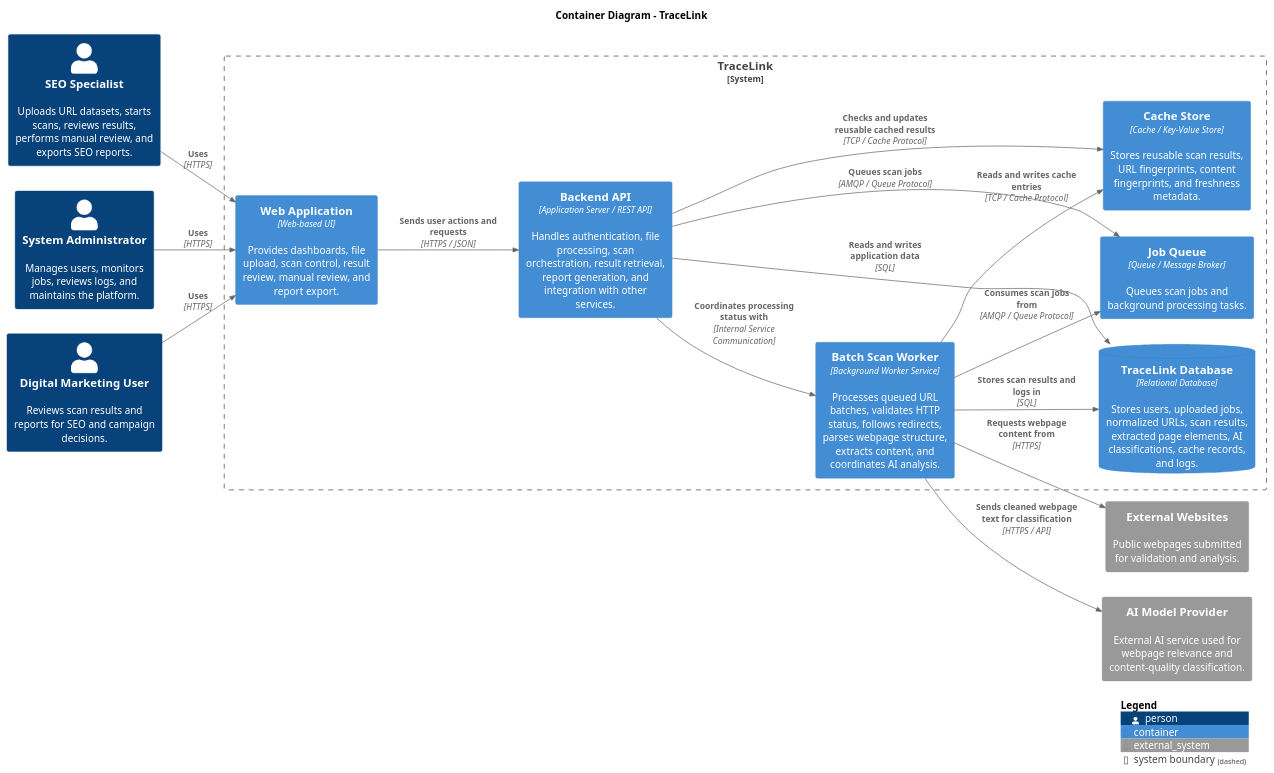
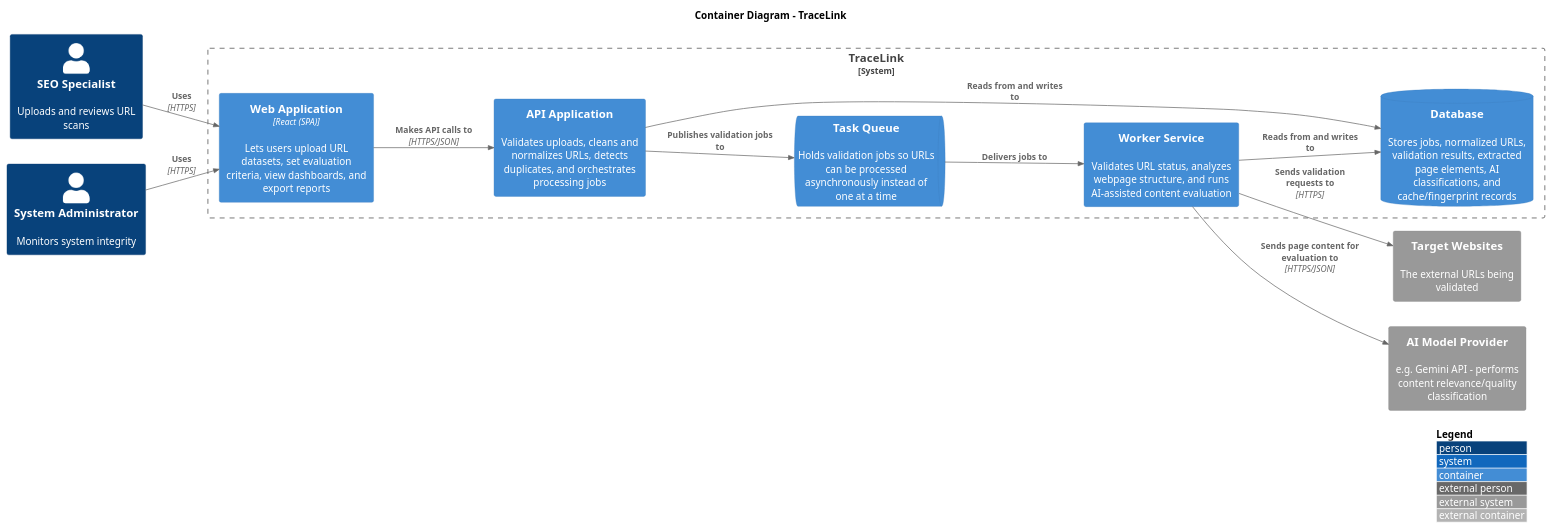
The diagram in docs/c4/container-diagram.puml (APC-SoCIT/APC-2026-2027-T1-SF241-Grp-3-Dark-Triad-TRACELINK-AI-Assisted-Platform), drawn with PlantUML before and after one commit. The commit also changed 1 other file, not shown here.

Commit message:
Update container diagram

```diff
--- a/docs/c4/container-diagram.puml
+++ b/docs/c4/container-diagram.puml
@@ -1,50 +1,33 @@
 @startuml TraceLink_Container_Diagram
+!include http://raw.githubusercontent.com/plantuml-stdlib/C4-PlantUML/master/C4_Container.puml
 
-!include https://raw.githubusercontent.com/plantuml-stdlib/C4-PlantUML/master/C4_Container.puml
-
+LAYOUT_WITH_LEGEND()
 LAYOUT_LEFT_RIGHT()
 
 title Container Diagram - TraceLink
 
-Person(seoSpecialist, "SEO Specialist", "Uploads URL datasets, starts scans, reviews results, performs manual review, and exports SEO reports.")
-Person(systemAdmin, "System Administrator", "Manages users, monitors jobs, reviews logs, and maintains the platform.")
-Person(marketingUser, "Digital Marketing User", "Reviews scan results and reports for SEO and campaign decisions.")
+Person(seo, "SEO Specialist", "Uploads and reviews URL scans")
+Person(admin, "System Administrator", "Monitors system integrity")
 
-System_Ext(targetWebsites, "External Websites", "Public webpages submitted for validation and analysis.")
-System_Ext(aiProvider, "AI Model Provider", "External AI service used for webpage relevance and content-quality classification.")
-
-System_Boundary(traceLinkBoundary, "TraceLink") {
-
-    Container(webApp, "Web Application", "Web-based UI", "Provides dashboards, file upload, scan control, result review, manual review, and report export.")
-
-    Container(apiApp, "Backend API", "Application Server / REST API", "Handles authentication, file processing, scan orchestration, result retrieval, report generation, and integration with other services.")
-
-    Container(workerService, "Batch Scan Worker", "Background Worker Service", "Processes queued URL batches, validates HTTP status, follows redirects, parses webpage structure, extracts content, and coordinates AI analysis.")
-
-    ContainerDb(mainDb, "TraceLink Database", "Relational Database", "Stores users, uploaded jobs, normalized URLs, scan results, extracted page elements, AI classifications, cache records, and logs.")
-
-    Container(queueService, "Job Queue", "Queue / Message Broker", "Queues scan jobs and background processing tasks.")
-
-    Container(cacheService, "Cache Store", "Cache / Key-Value Store", "Stores reusable scan results, URL fingerprints, content fingerprints, and freshness metadata.")
+System_Boundary(tracelink, "TraceLink") {
+    Container(webapp, "Web Application", "React (SPA)", "Lets users upload URL datasets, set evaluation criteria, view dashboards, and export reports")
+    Container(api, "API Application", "", "Validates uploads, cleans and normalizes URLs, detects duplicates, and orchestrates processing jobs")
+    ContainerQueue(queue, "Task Queue", "", "Holds validation jobs so URLs can be processed asynchronously instead of one at a time")
+    Container(worker, "Worker Service", "", "Validates URL status, analyzes webpage structure, and runs AI-assisted content evaluation")
+    ContainerDb(db, "Database", "", "Stores jobs, normalized URLs, validation results, extracted page elements, AI classifications, and cache/fingerprint records")
 }
 
-Rel(seoSpecialist, webApp, "Uses", "HTTPS")
-Rel(systemAdmin, webApp, "Uses", "HTTPS")
-Rel(marketingUser, webApp, "Uses", "HTTPS")
+System_Ext(websites, "Target Websites", "The external URLs being validated")
+System_Ext(ai, "AI Model Provider", "e.g. Gemini API - performs content relevance/quality classification")
 
-Rel(webApp, apiApp, "Sends user actions and requests", "HTTPS / JSON")
-Rel(apiApp, mainDb, "Reads and writes application data", "SQL")
-Rel(apiApp, queueService, "Queues scan jobs", "AMQP / Queue Protocol")
-Rel(apiApp, cacheService, "Checks and updates reusable cached results", "TCP / Cache Protocol")
-
-Rel(workerService, queueService, "Consumes scan jobs from", "AMQP / Queue Protocol")
-Rel(workerService, mainDb, "Stores scan results and logs in", "SQL")
-Rel(workerService, cacheService, "Reads and writes cache entries", "TCP / Cache Protocol")
-Rel(workerService, targetWebsites, "Requests webpage content from", "HTTPS")
-Rel(workerService, aiProvider, "Sends cleaned webpage text for classification", "HTTPS / API")
-
-Rel(apiApp, workerService, "Coordinates processing status with", "Internal Service Communication")
-
-SHOW_LEGEND()
+Rel(seo, webapp, "Uses", "HTTPS")
+Rel(admin, webapp, "Uses", "HTTPS")
+Rel(webapp, api, "Makes API calls to", "HTTPS/JSON")
+Rel(api, queue, "Publishes validation jobs to")
+Rel(queue, worker, "Delivers jobs to")
+Rel(api, db, "Reads from and writes to")
+Rel(worker, db, "Reads from and writes to")
+Rel(worker, websites, "Sends validation requests to", "HTTPS")
+Rel(worker, ai, "Sends page content for evaluation to", "HTTPS/JSON")
 
 @enduml
```
